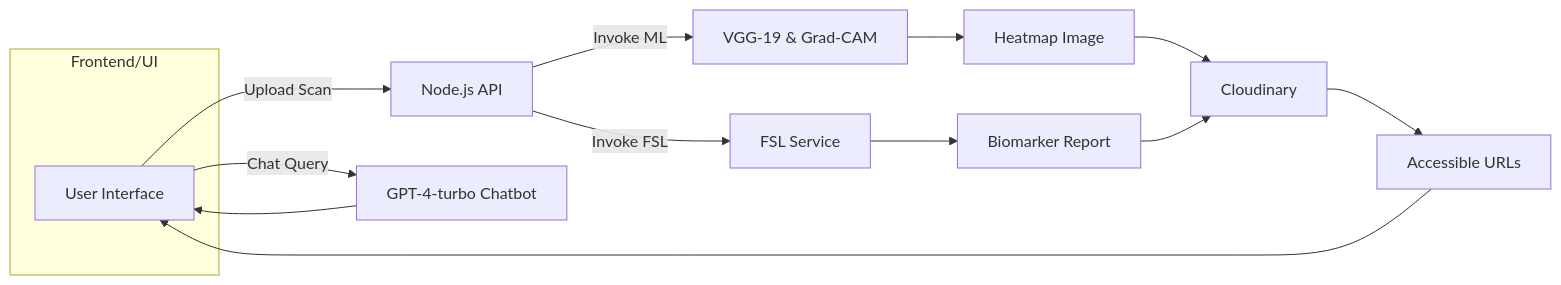
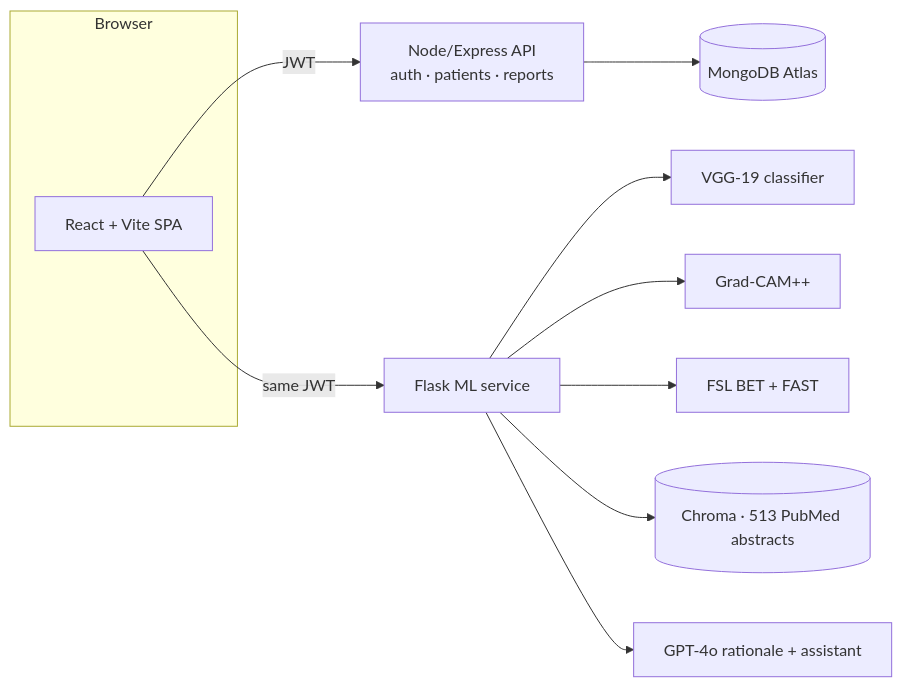
The diagram in README.md (malharinamdar/vaidya-nidaan), drawn with Mermaid before and after one commit. The commit also changed other lines of this file and 108 other files, not shown here.

````diff
--- a/README.md
+++ b/README.md
@@ -278,16 +54,14 @@
 ```mermaid
 flowchart LR
-  subgraph Frontend/UI
-    U[User Interface]
+  subgraph Browser
+    UI[React + Vite SPA]
   end
-  U -->|Upload Scan| A[Node.js API]
-  A -->|Invoke ML| B[VGG-19 & Grad-CAM]
-  A -->|Invoke FSL| C[FSL Service]
-  B --> D[Heatmap Image]
-  C --> E[Biomarker Report]
-  D & E --> F[Cloudinary]
-  F --> G[Accessible URLs]
-  G --> U
-  U -->|Chat Query| H[GPT-4-turbo Chatbot]
-  H --> U
-```  
+  UI -- JWT --> API[Node/Express API<br/>auth · patients · reports]
+  API --> DB[(MongoDB Atlas)]
+  UI -- same JWT --> ML[Flask ML service]
+  ML --> CLS[VGG-19 classifier]
+  ML --> CAM[Grad-CAM++]
+  ML --> FSL[FSL BET + FAST]
+  ML --> RAG[(Chroma · 513 PubMed abstracts)]
+  ML --> LLM[GPT-4o rationale + assistant]
+```
````
